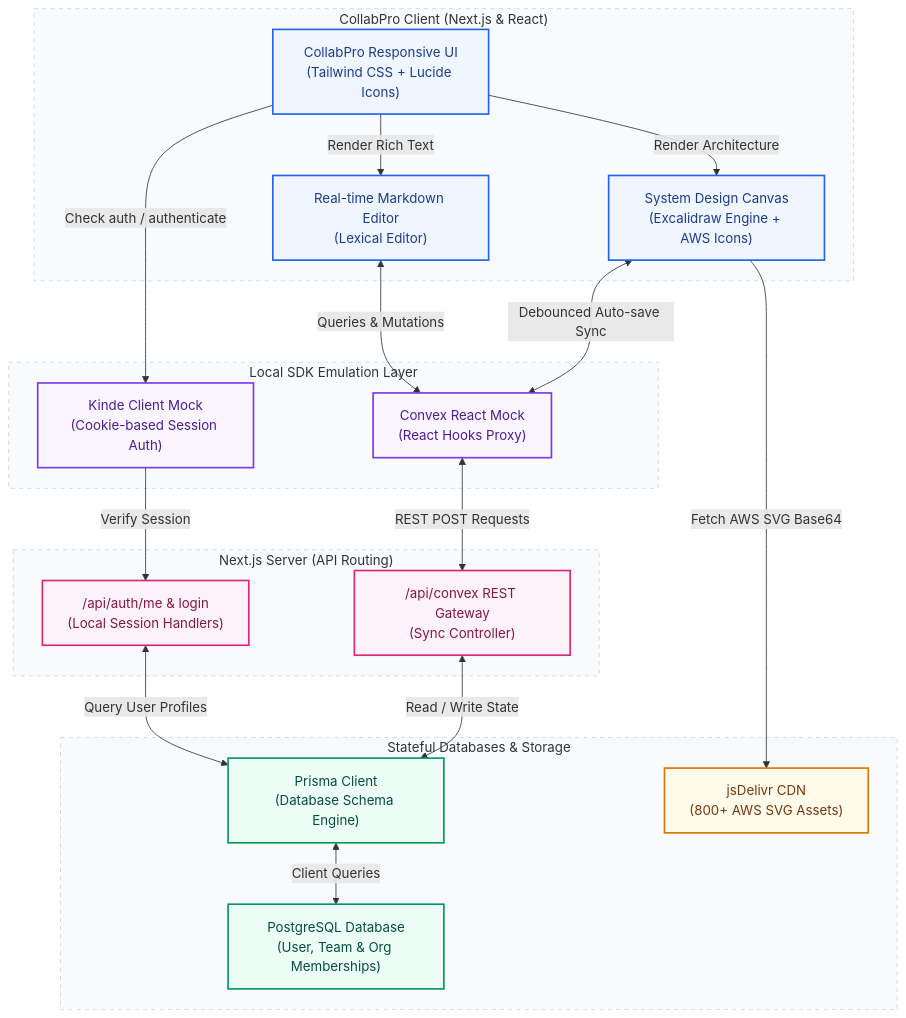
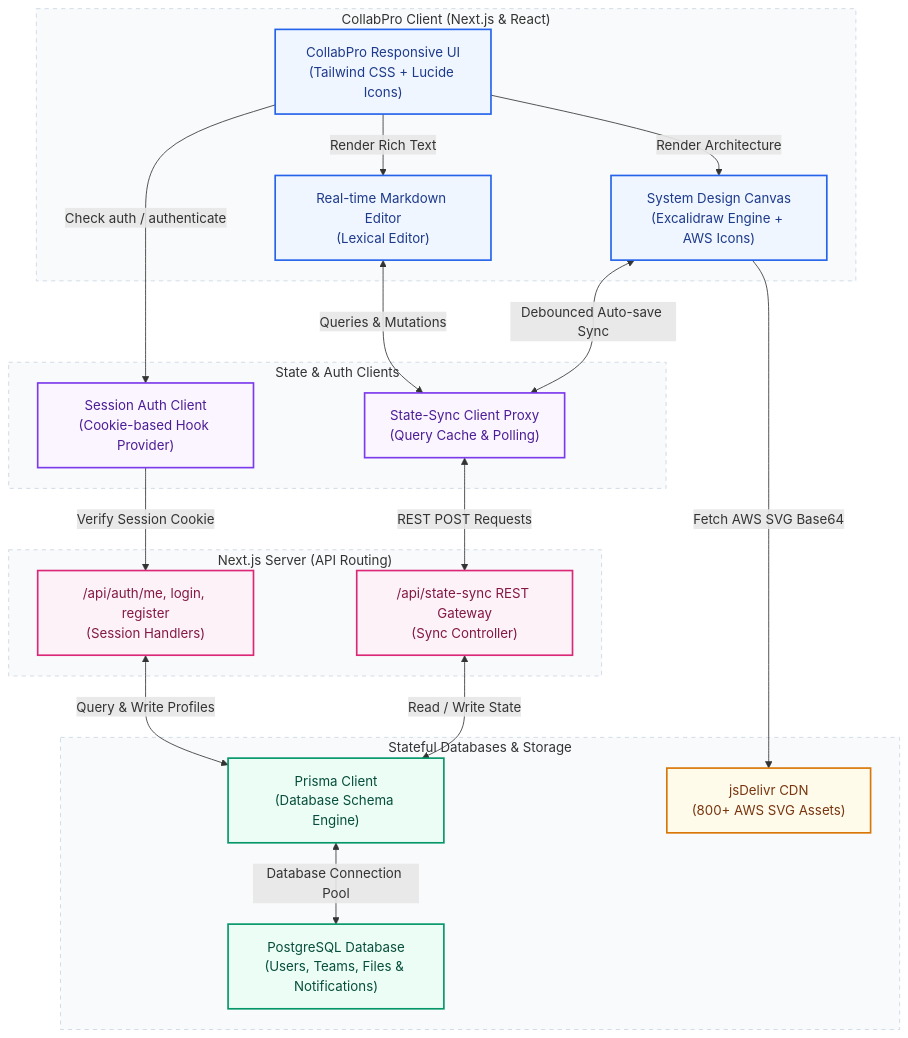
The diagram in README.md (manish-9245/collabpro), drawn with Mermaid before and after one commit. The commit also changed other lines of this file and 19 other files, not shown here.

Commit message:
refactor: eliminate false signals of Convex and Kinde, restructure custom state sync & session auth systems

````diff
--- a/README.md
+++ b/README.md
@@ -42,53 +43,53 @@
 ```mermaid
 graph TD
     %% Define Styles & Classes
     classDef client fill:#eff6ff,stroke:#2563eb,stroke-width:2px,color:#1e3a8a;
-    classDef mock fill:#faf5ff,stroke:#7c3aed,stroke-width:2px,color:#4c1d95;
+    classDef engine fill:#faf5ff,stroke:#7c3aed,stroke-width:2px,color:#4c1d95;
     classDef server fill:#fdf2f8,stroke:#db2777,stroke-width:2px,color:#831843;
     classDef db fill:#ecfdf5,stroke:#059669,stroke-width:2px,color:#064e3b;
     classDef storage fill:#fffbeb,stroke:#d97706,stroke-width:2px,color:#78350f;
 
     subgraph ClientLayer ["CollabPro Client (Next.js & React)"]
         UI["CollabPro Responsive UI<br/>(Tailwind CSS + Lucide Icons)"]:::client
         EditorComponent["Real-time Markdown Editor<br/>(Lexical Editor)"]:::client
         CanvasComponent["System Design Canvas<br/>(Excalidraw Engine + AWS Icons)"]:::client
     end
 
-    subgraph EmulationLayer ["Local SDK Emulation Layer"]
-        KindeMock["Kinde Client Mock<br/>(Cookie-based Session Auth)"]:::mock
-        ConvexMock["Convex React Mock<br/>(React Hooks Proxy)"]:::mock
+    subgraph SyncLayer ["State & Auth Clients"]
+        SessionAuthClient["Session Auth Client<br/>(Cookie-based Hook Provider)"]:::engine
+        StateSyncClient["State-Sync Client Proxy<br/>(Query Cache & Polling)"]:::engine
     end
 
     subgraph ServerLayer ["Next.js Server (API Routing)"]
-        AuthMeAPI["/api/auth/me & login<br/>(Local Session Handlers)"]:::server
-        ConvexAPI["/api/convex REST Gateway<br/>(Sync Controller)"]:::server
+        AuthAPI["/api/auth/me, login, register<br/>(Session Handlers)"]:::server
+        SyncAPI["/api/state-sync REST Gateway<br/>(Sync Controller)"]:::server
     end
 
     subgraph DataLayer ["Stateful Databases & Storage"]
         PrismaORM["Prisma Client<br/>(Database Schema Engine)"]:::db
-        NeonDB["PostgreSQL Database<br/>(User, Team & Org Memberships)"]:::db
+        PostgresDB["PostgreSQL Database<br/>(Users, Teams, Files & Notifications)"]:::db
         AWS_Icons_List["jsDelivr CDN<br/>(800+ AWS SVG Assets)"]:::storage
     end
 
     %% Flow Connections
-    UI -->|Check auth / authenticate| KindeMock
-    KindeMock -->|Verify Session| AuthMeAPI
+    UI -->|Check auth / authenticate| SessionAuthClient
+    SessionAuthClient -->|Verify Session Cookie| AuthAPI
     
     UI -->|Render Rich Text| EditorComponent
     UI -->|Render Architecture| CanvasComponent
     
-    EditorComponent <-->|Queries & Mutations| ConvexMock
-    CanvasComponent <-->|Debounced Auto-save Sync| ConvexMock
+    EditorComponent <-->|Queries & Mutations| StateSyncClient
+    CanvasComponent <-->|Debounced Auto-save Sync| StateSyncClient
     CanvasComponent -->|Fetch AWS SVG Base64| AWS_Icons_List
 
-    ConvexMock <-->|REST POST Requests| ConvexAPI
-    ConvexAPI <-->|Read / Write State| PrismaORM
-    AuthMeAPI <-->|Query User Profiles| PrismaORM
-    PrismaORM <-->|Client Queries| NeonDB
+    StateSyncClient <-->|REST POST Requests| SyncAPI
+    SyncAPI <-->|Read / Write State| PrismaORM
+    AuthAPI <-->|Query & Write Profiles| PrismaORM
+    PrismaORM <-->|Database Connection Pool| PostgresDB
 
     %% Layout Links
     style ClientLayer fill:#f8fafc,stroke:#cbd5e1,stroke-dasharray: 5 5;
-    style EmulationLayer fill:#f8fafc,stroke:#cbd5e1,stroke-dasharray: 5 5;
+    style SyncLayer fill:#f8fafc,stroke:#cbd5e1,stroke-dasharray: 5 5;
     style ServerLayer fill:#f8fafc,stroke:#cbd5e1,stroke-dasharray: 5 5;
     style DataLayer fill:#f8fafc,stroke:#cbd5e1,stroke-dasharray: 5 5;
 ```
````
